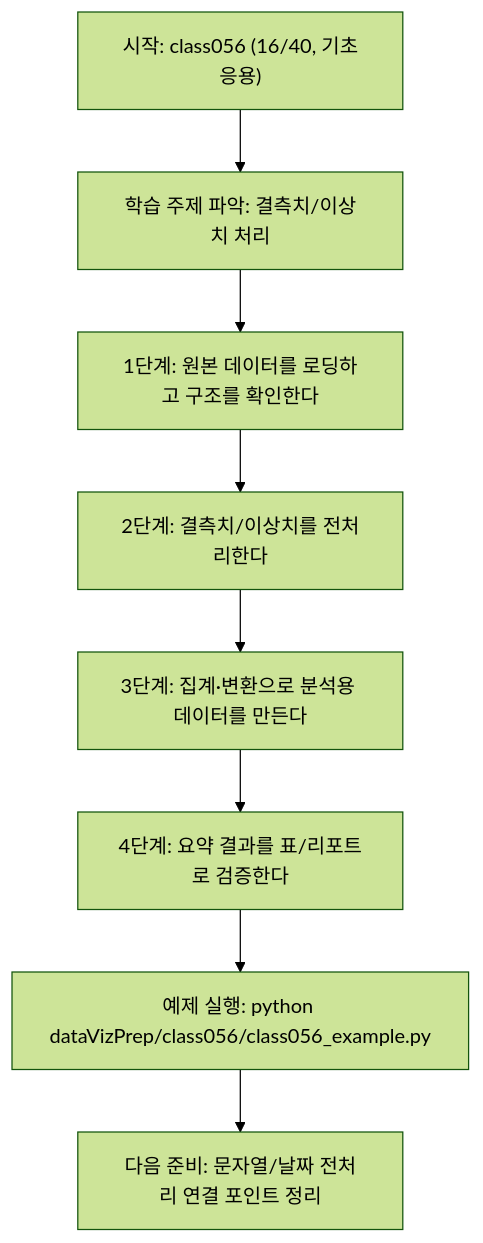
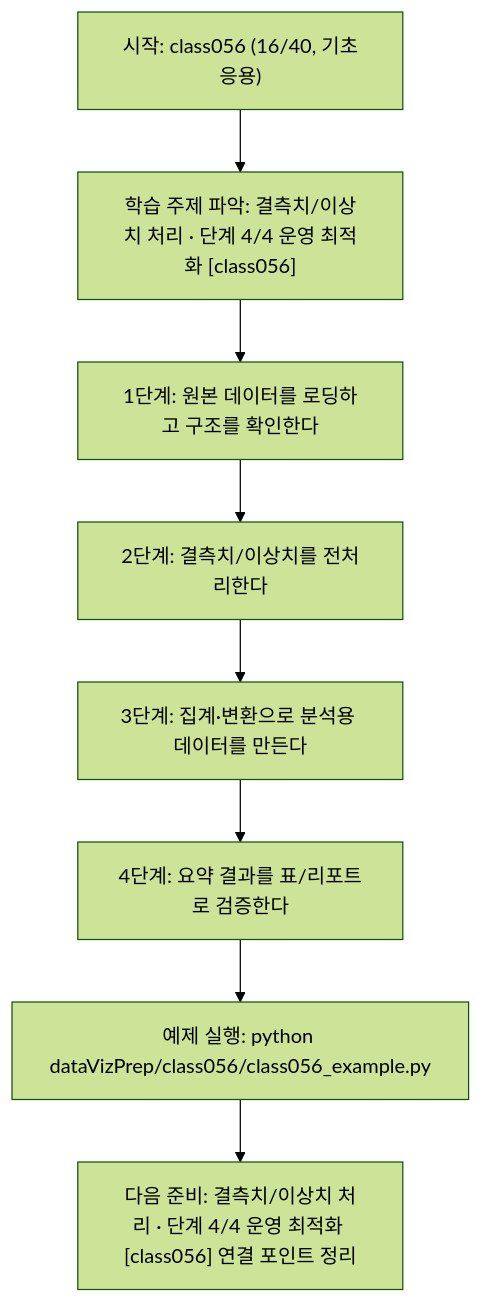
One commit to edumgt/Python-AI_Agent-Class changed the diagram in dataVizPrep/class056/class056.md. Above: the diagram before and after it, drawn with Mermaid (forest theme). The commit also changed other lines of this file and 522 other files, not shown here.

````diff
--- a/dataVizPrep/class056/class056.md
+++ b/dataVizPrep/class056/class056.md
@@ -110,18 +111,18 @@
 ```mermaid
 flowchart TD
 N1["시작: class056 (16/40, 기초응용)"]
-N2["학습 주제 파악: 결측치/이상치 처리"]
+N2["학습 주제 파악: 결측치/이상치 처리 · 단계 4/4 운영 최적화 [class056]"]
 N3["1단계: 원본 데이터를 로딩하고 구조를 확인한다"]
 N4["2단계: 결측치/이상치를 전처리한다"]
 N5["3단계: 집계·변환으로 분석용 데이터를 만든다"]
 N6["4단계: 요약 결과를 표/리포트로 검증한다"]
 N7["예제 실행: python dataVizPrep/class056/class056_example.py"]
-N8["다음 준비: 문자열/날짜 전처리 연결 포인트 정리"]
+N8["다음 준비: 결측치/이상치 처리 · 단계 4/4 운영 최적화 [class056] 연결 포인트 정리"]
 N1 --> N2
 N2 --> N3
 N3 --> N4
 N4 --> N5
 N5 --> N6
 N6 --> N7
 N7 --> N8
 ```
````
